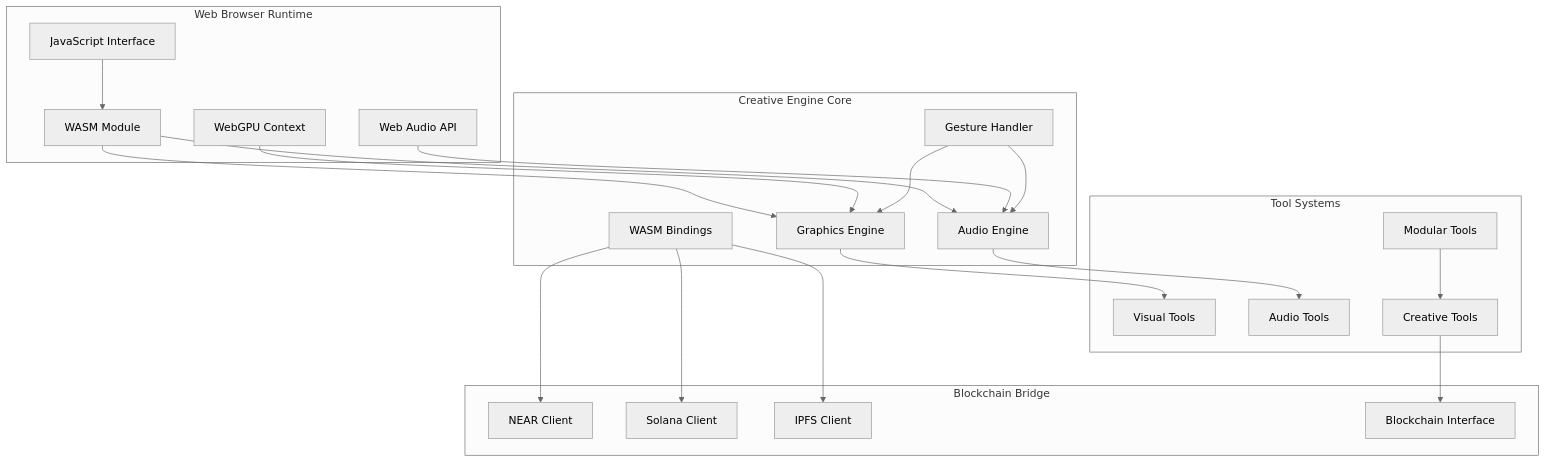
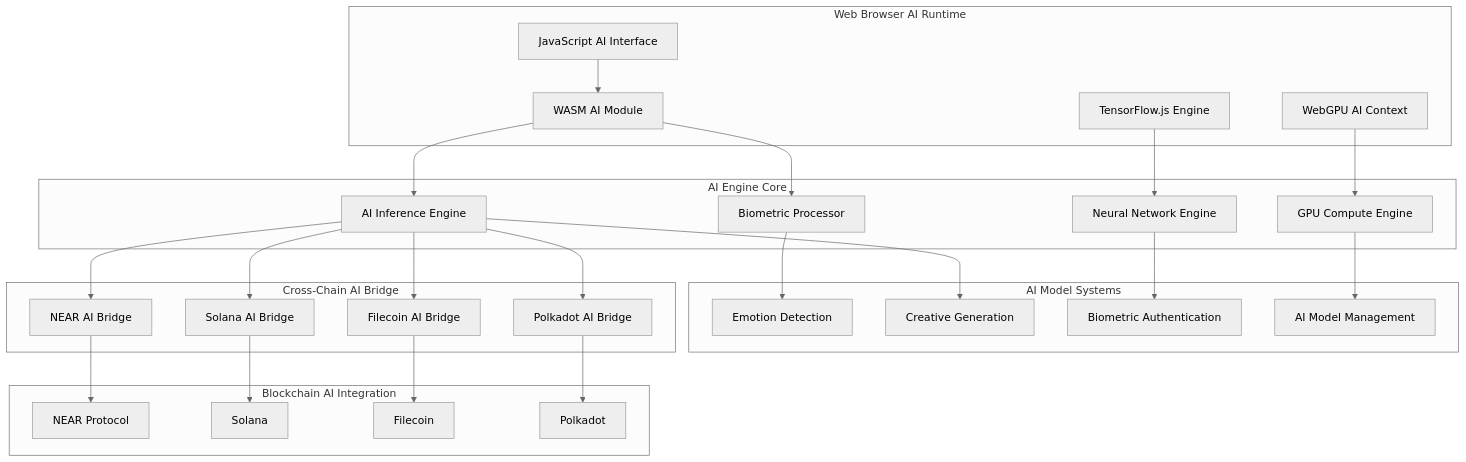
One commit to compiling-org/nft-blockchain-interactive changed the diagram in docs/RUST_SPECIFIC_TECHNICAL_ARCHITECTURE.md. Above: the diagram before and after it, drawn with Mermaid (neutral theme). The commit also changed other lines of this file and 9 other files, not shown here.

Commit message:
Add REAL AI/ML implementation: TensorFlow.js, Candle framework, biometric processing

````diff
--- a/docs/RUST_SPECIFIC_TECHNICAL_ARCHITECTURE.md
+++ b/docs/RUST_SPECIFIC_TECHNICAL_ARCHITECTURE.md
@@ -9,49 +9,58 @@
 ```mermaid
 graph TB
-    subgraph "Web Browser Runtime"
-        WASM[WASM Module]
-        WG[WebGPU Context]
-        WA[Web Audio API]
-        JS[JavaScript Interface]
+    subgraph "Web Browser AI Runtime"
+        WASM[WASM AI Module]
+        WG[WebGPU AI Context]
+        TF[TensorFlow.js Engine]
+        JS[JavaScript AI Interface]
     end
     
-    subgraph "Creative Engine Core"
-        AE[Audio Engine]
-        GE[Graphics Engine]
-        GH[Gesture Handler]
-        WB[WASM Bindings]
+    subgraph "AI Engine Core"
+        AIE[AI Inference Engine]
+        BPE[Biometric Processor]
+        NNE[Neural Network Engine]
+        GCE[GPU Compute Engine]
     end
     
-    subgraph "Tool Systems"
-        VS[Visual Tools]
-        AT[Audio Tools]
-        MT[Modular Tools]
-        CT[Creative Tools]
+    subgraph "AI Model Systems"
+        EMD[Emotion Detection]
+        CGE[Creative Generation]
+        BIA[Biometric Authentication]
+        AIM[AI Model Management]
     end
     
-    subgraph "Blockchain Bridge"
-        NC[NEAR Client]
-        SC[Solana Client]
-        IP[IPFS Client]
-        BC[Blockchain Interface]
+    subgraph "Cross-Chain AI Bridge"
+        NAIB[NEAR AI Bridge]
+        SAIB[Solana AI Bridge]
+        FAIB[Filecoin AI Bridge]
+        PAIB[Polkadot AI Bridge]
     end
     
-    WASM --> AE
-    WASM --> GE
-    WG --> GE
-    WA --> AE
+    subgraph "Blockchain AI Integration"
+        NEAR[NEAR Protocol]
+        SOL[Solana]
+        FIL[Filecoin]
+        DOT[Polkadot]
+    end
+    
+    WASM --> AIE
+    WASM --> BPE
+    WG --> GCE
+    TF --> NNE
     JS --> WASM
     
-    GH --> AE
-    GH --> GE
+    BPE --> EMD
+    AIE --> CGE
+    NNE --> BIA
+    GCE --> AIM
     
-    AE --> AT
-    GE --> VS
+    AIE --> NAIB
+    AIE --> SAIB
+    AIE --> FAIB
+    AIE --> PAIB
     
-    WB --> NC
-    WB --> SC
-    WB --> IP
-    
-    MT --> CT
-    CT --> BC
+    NAIB --> NEAR
+    SAIB --> SOL
+    FAIB --> FIL
+    PAIB --> DOT
 ```
````
